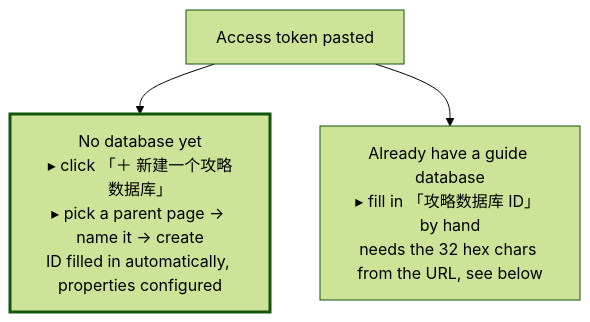
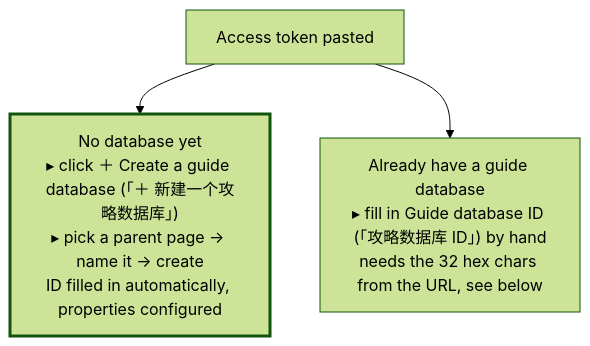
One commit to LethalKebab/steam-achievement-tracker changed the second of 2 diagrams in docs/notion-setup.md. Above: the diagram before and after it, drawn with Mermaid (forest theme). The commit also changed other lines of this file, not shown here.

````diff
--- a/docs/notion-setup.md
+++ b/docs/notion-setup.md
@@ -77,6 +77,6 @@
 ```mermaid
 flowchart TD
-    S["Access token pasted"] --> L["No database yet<br/>▸ click 「＋ 新建一个攻略数据库」<br/>▸ pick a parent page → name it → create<br/>ID filled in automatically, properties configured"]
-    S --> R["Already have a guide database<br/>▸ fill in 「攻略数据库 ID」 by hand<br/>needs the 32 hex chars from the URL, see below"]
+    S["Access token pasted"] --> L["No database yet<br/>▸ click ＋ Create a guide database (「＋ 新建一个攻略数据库」)<br/>▸ pick a parent page → name it → create<br/>ID filled in automatically, properties configured"]
+    S --> R["Already have a guide database<br/>▸ fill in Guide database ID (「攻略数据库 ID」) by hand<br/>needs the 32 hex chars from the URL, see below"]
     style L stroke-width:3px
 ```
````
